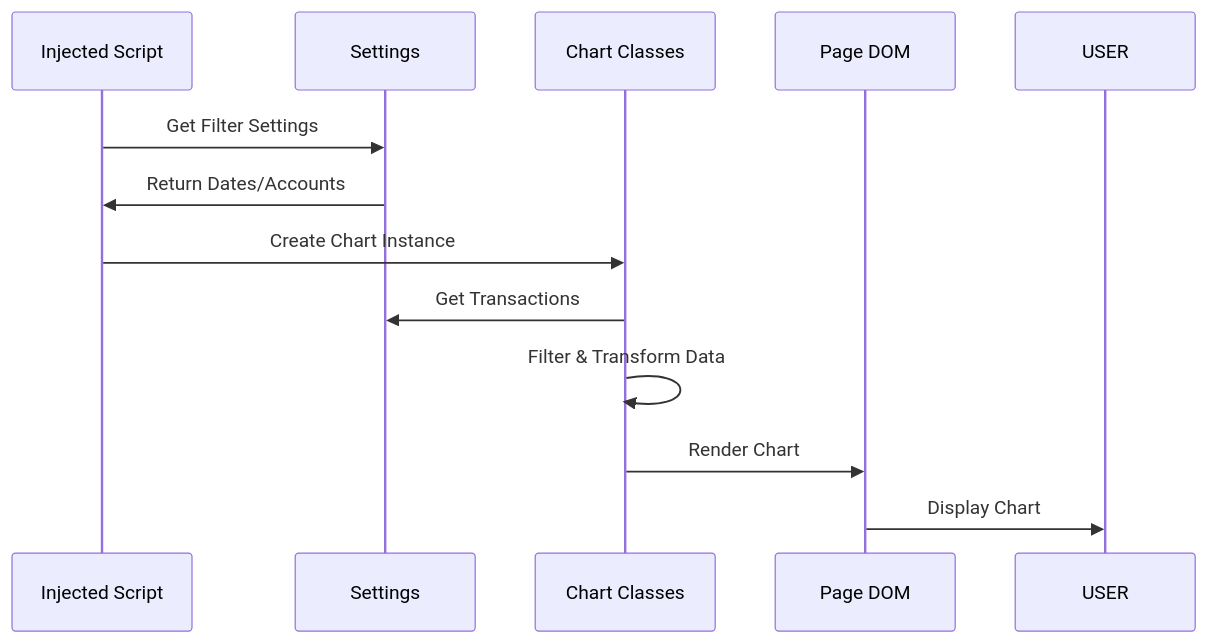
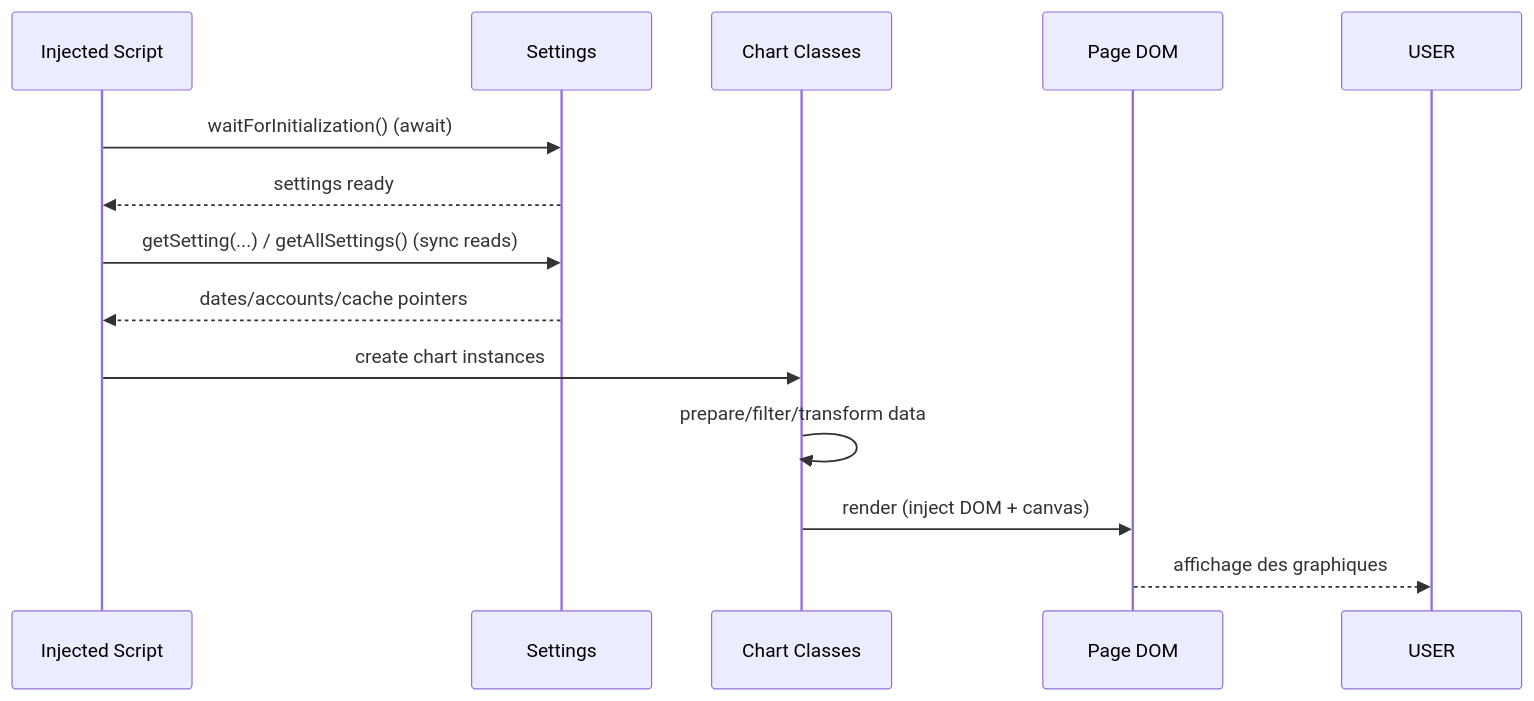
Before and after one commit to Thorfy/Pecunio: the third of 3 diagrams in docs/ARCHITECTURE.md, drawn with Mermaid. The commit also changed other lines of this file and 8 other files, not shown here.

````diff
--- a/docs/ARCHITECTURE.md
+++ b/docs/ARCHITECTURE.md
@@ -110,15 +119,16 @@
 ```mermaid
 sequenceDiagram
     participant INJ as Injected Script
     participant SETTINGS as Settings
     participant CHART as Chart Classes
     participant DOM as Page DOM
     
-    INJ->>SETTINGS: Get Filter Settings
-    SETTINGS->>INJ: Return Dates/Accounts
-    INJ->>CHART: Create Chart Instance
-    CHART->>SETTINGS: Get Transactions
-    CHART->>CHART: Filter & Transform Data
-    CHART->>DOM: Render Chart
-    DOM->>USER: Display Chart
+    INJ->>SETTINGS: waitForInitialization() (await)
+    SETTINGS-->>INJ: settings ready
+    INJ->>SETTINGS: getSetting(...) / getAllSettings() (sync reads)
+    SETTINGS-->>INJ: dates/accounts/cache pointers
+    INJ->>CHART: create chart instances
+    CHART->>CHART: prepare/filter/transform data
+    CHART->>DOM: render (inject DOM + canvas)
+    DOM-->>USER: affichage des graphiques
 ```
````
